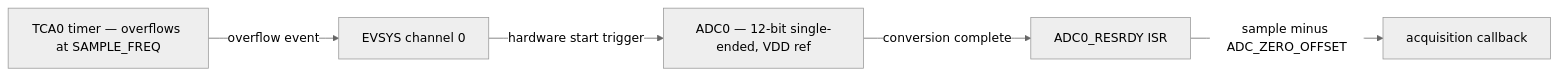
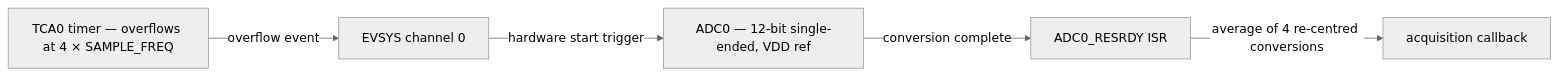
One commit to dwzg/Tuna changed the diagram in docs/hardware.md. Above: the diagram before and after it, drawn with Mermaid (neutral theme). The commit also changed other lines of this file and 11 other files, not shown here.

````diff
--- a/docs/hardware.md
+++ b/docs/hardware.md
@@ -32,7 +32,7 @@
 ```mermaid
 flowchart LR
-    TCA["TCA0 timer — overflows at SAMPLE_FREQ"] -->|overflow event| EV["EVSYS channel 0"]
+    TCA["TCA0 timer — overflows at 4 × SAMPLE_FREQ"] -->|overflow event| EV["EVSYS channel 0"]
     EV -->|hardware start trigger| ADC["ADC0 — 12-bit single-ended, VDD ref"]
     ADC -->|conversion complete| IRQ["ADC0_RESRDY ISR"]
-    IRQ -->|sample minus ADC_ZERO_OFFSET| CB["acquisition callback"]
+    IRQ -->|average of 4 re-centred conversions| CB["acquisition callback"]
 ```
````
